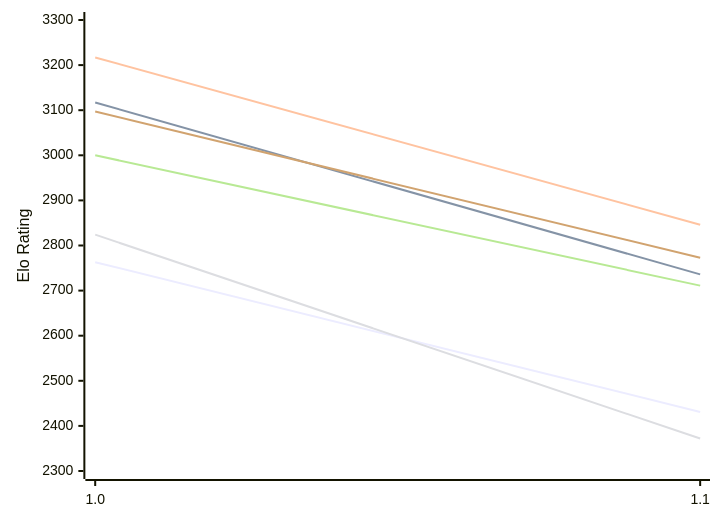
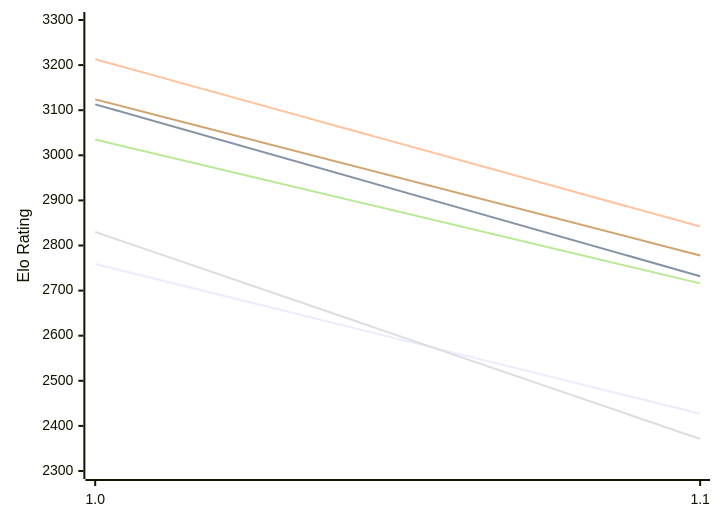
The first of 2 diagrams in engines/Publius.md (computer-chess-index/cci), drawn with Mermaid before and after one commit. The commit also changed other lines of this file, not shown here.

Commit message:
Update CCI Ratings (ELO VLTC) - 2026-11-21

````diff
--- a/engines/Publius.md
+++ b/engines/Publius.md
@@ -50,12 +50,12 @@
 ```mermaid
 %%{init: {"theme":"base","themeVariables":{"seriesColors:['#a3a3a3','#222221','#faa371']}}}%%
 xychart-beta
   x-axis ["1.0", "1.1"]
   y-axis "Elo Rating" 2300 --> 3300
-  line "E1: STC (8.0+0.08s)" [2763, 2431]
-  line "E1: LTC (60.0+0.60s)" [3117, 2736]
-  line "E1: VLTC (2m24s+1.12s)" [3217, 2846]
-  line "P1: STC (8.0+0.08s)" [2824, 2372]
-  line "P1: LTC (60.0+0.60s)" [3000, 2711]
-  line "P1: VLTC (2m24s+1.12s)" [3097, 2773]
+  line "E1: STC (8.0+0.08s)" [2759, 2427]
+  line "E1: LTC (60.0+0.60s)" [3113, 2732]
+  line "E1: VLTC (2m24s+1.12s)" [3213, 2842]
+  line "P1: STC (8.0+0.08s)" [2830, 2371]
+  line "P1: LTC (60.0+0.60s)" [3035, 2716]
+  line "P1: VLTC (2m24s+1.12s)" [3124, 2778]
 ```
````
